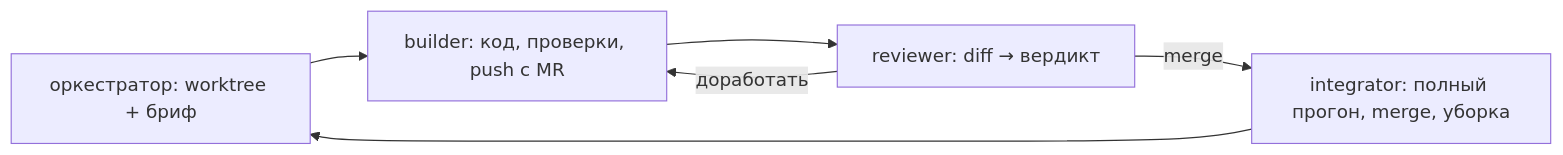
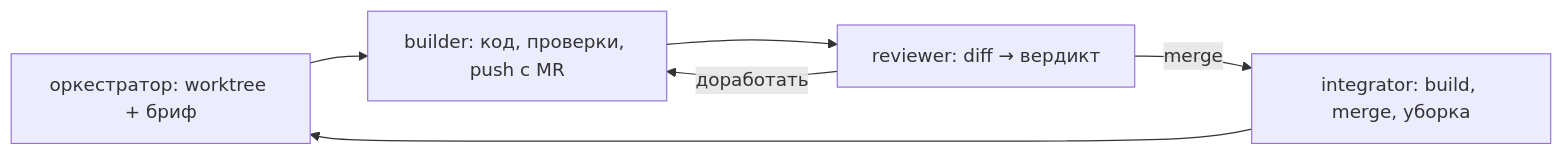
Before and after one commit to Chichetin/tsifrovoy-dvoynik-otdeleniya-pochty-rossii: the diagram in docs/agents.md, drawn with Mermaid. The commit also changed other lines of this file and 11 other files, not shown here.

````diff
--- a/docs/agents.md
+++ b/docs/agents.md
@@ -29,8 +29,8 @@
 ```mermaid
 flowchart LR
   O[оркестратор: worktree + бриф] --> B[builder: код, проверки, push с MR]
   B --> R[reviewer: diff → вердикт]
   R -- доработать --> B
-  R -- merge --> I[integrator: полный прогон, merge, уборка]
+  R -- merge --> I[integrator: build, merge, уборка]
   I --> O
 ```
````
